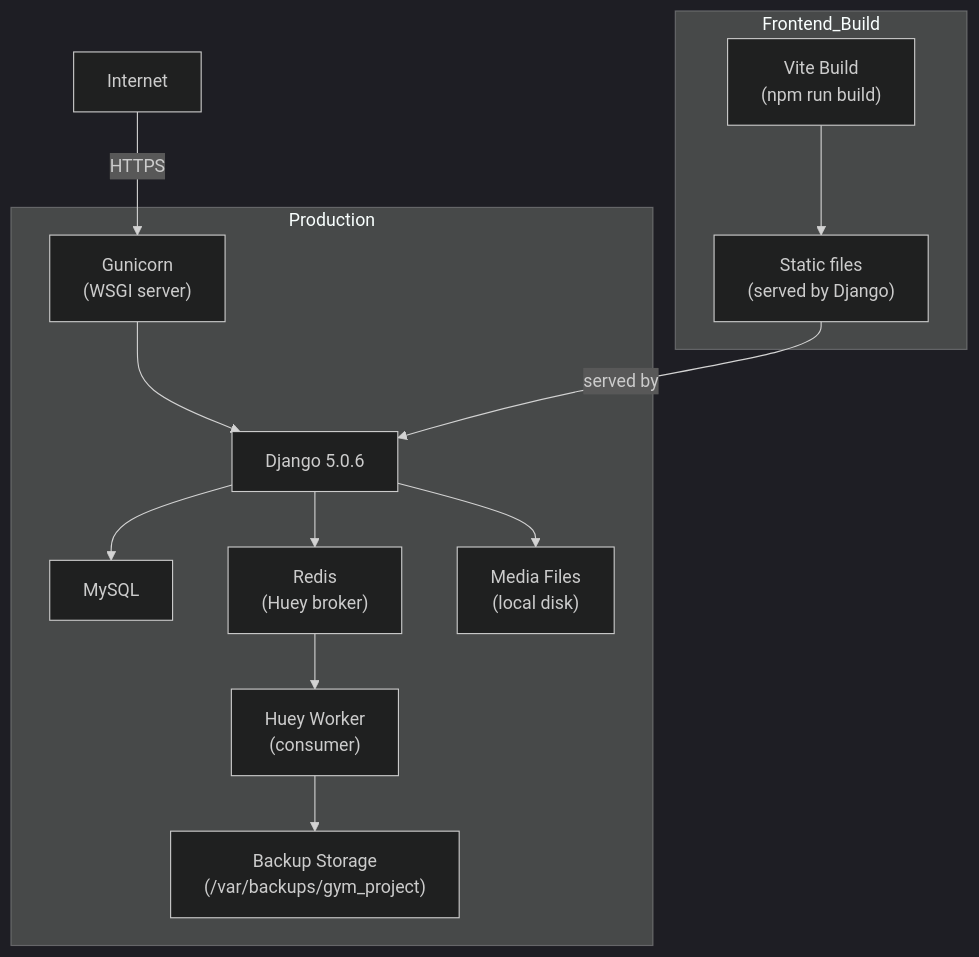
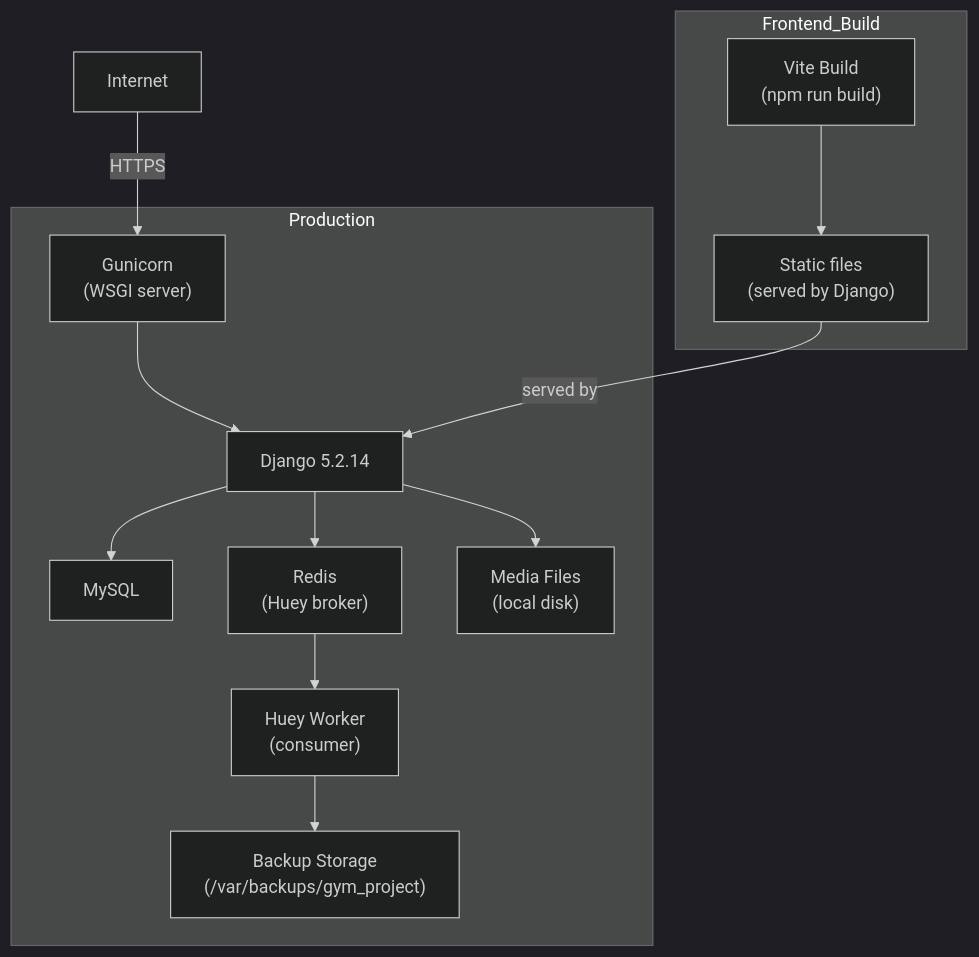
The eighth of 8 diagrams in docs/methodology/architecture.md (carlos18bp/gym_project), drawn with Mermaid (dark theme) before and after one commit. The commit also changed other lines of this file and 15 other files, not shown here.

Commit message:
FEAT: add notification/signature-reminder/offline test coverage + flow tracking

````diff
--- a/docs/methodology/architecture.md
+++ b/docs/methodology/architecture.md
@@ -464,27 +464,27 @@
 ```mermaid
 flowchart TD
     subgraph Production
         Gunicorn["Gunicorn\n(WSGI server)"]
-        Django["Django 5.0.6"]
+        Django["Django 5.2.14"]
         MySQL["MySQL"]
         RedisQ["Redis\n(Huey broker)"]
         HueyW["Huey Worker\n(consumer)"]
         Media["Media Files\n(local disk)"]
         Backup["Backup Storage\n(/var/backups/gym_project)"]
     end
 
     subgraph Frontend_Build
         ViteBuild["Vite Build\n(npm run build)"]
         StaticFiles["Static files\n(served by Django)"]
     end
 
     Internet["Internet"] -->|"HTTPS"| Gunicorn
     Gunicorn --> Django
     Django --> MySQL
     Django --> Media
     Django --> RedisQ
     RedisQ --> HueyW
     HueyW --> Backup
     ViteBuild --> StaticFiles
     StaticFiles -->|"served by"| Django
 ```
````
